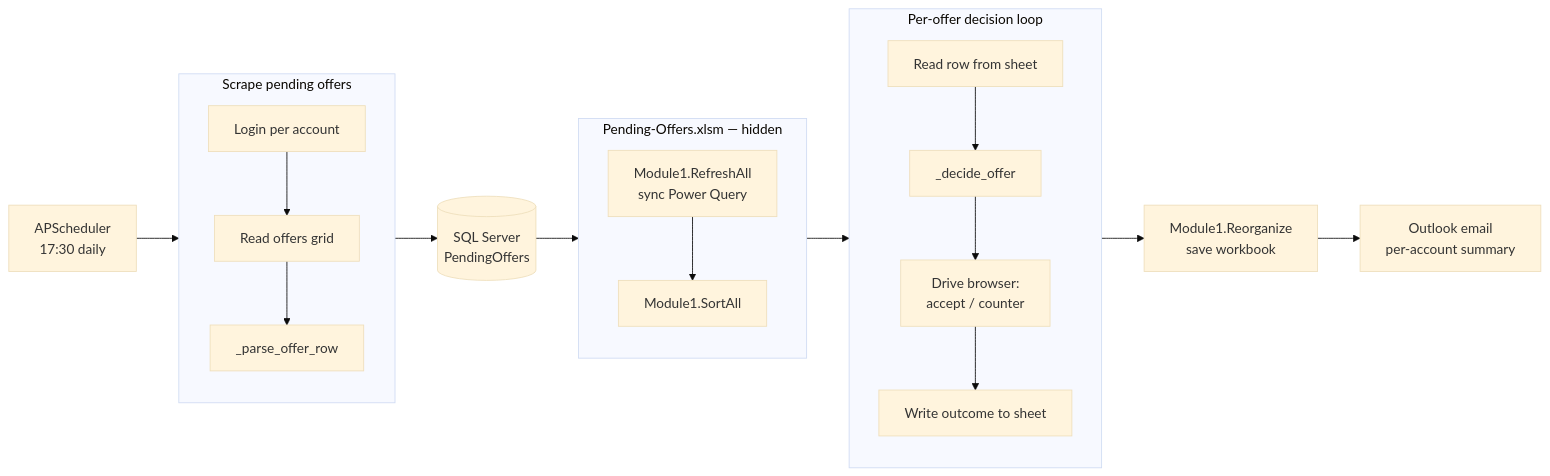
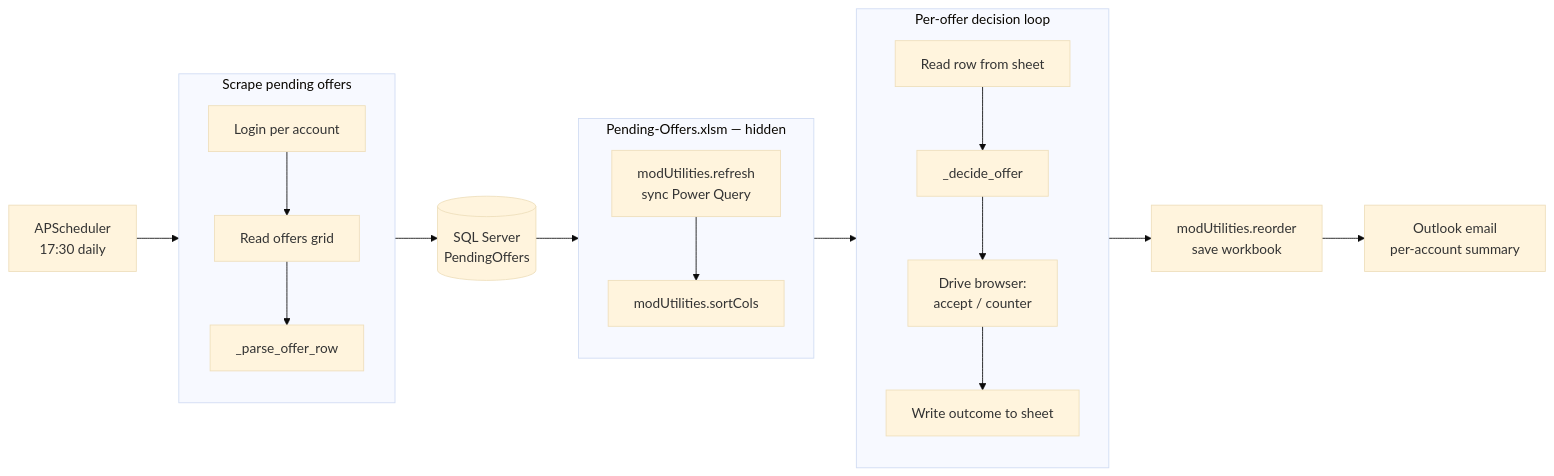
One commit to dominicci13/ebay-best-offers changed the diagram in README.md. Above: the diagram before and after it, drawn with Mermaid (base theme). The commit also changed other lines of this file and 5 other files, not shown here.

````diff
--- a/README.md
+++ b/README.md
@@ -24,30 +24,30 @@
 ```mermaid
 flowchart LR
     sched[APScheduler<br/>17:30 daily] --> scrape
 
     subgraph scrape[Scrape pending offers]
         direction TB
         login[Login per account] --> grid[Read offers grid]
         grid --> parse[_parse_offer_row]
     end
 
     parse --> db[(SQL Server<br/>PendingOffers)]
     db --> wb
 
     subgraph wb[Pending-Offers.xlsm — hidden]
         direction TB
-        refresh[Module1.RefreshAll<br/>sync Power Query] --> sort[Module1.SortAll]
+        refresh[modUtilities.refresh<br/>sync Power Query] --> sort[modUtilities.sortCols]
     end
 
     sort --> decide
 
     subgraph decide[Per-offer decision loop]
         direction TB
         read[Read row from sheet] --> rule[_decide_offer]
         rule --> act[Drive browser:<br/>accept / counter]
         act --> write[Write outcome to sheet]
     end
 
-    write --> finalize[Module1.Reorganize<br/>save workbook]
+    write --> finalize[modUtilities.reorder<br/>save workbook]
     finalize --> email[Outlook email<br/>per-account summary]
 ```
````
